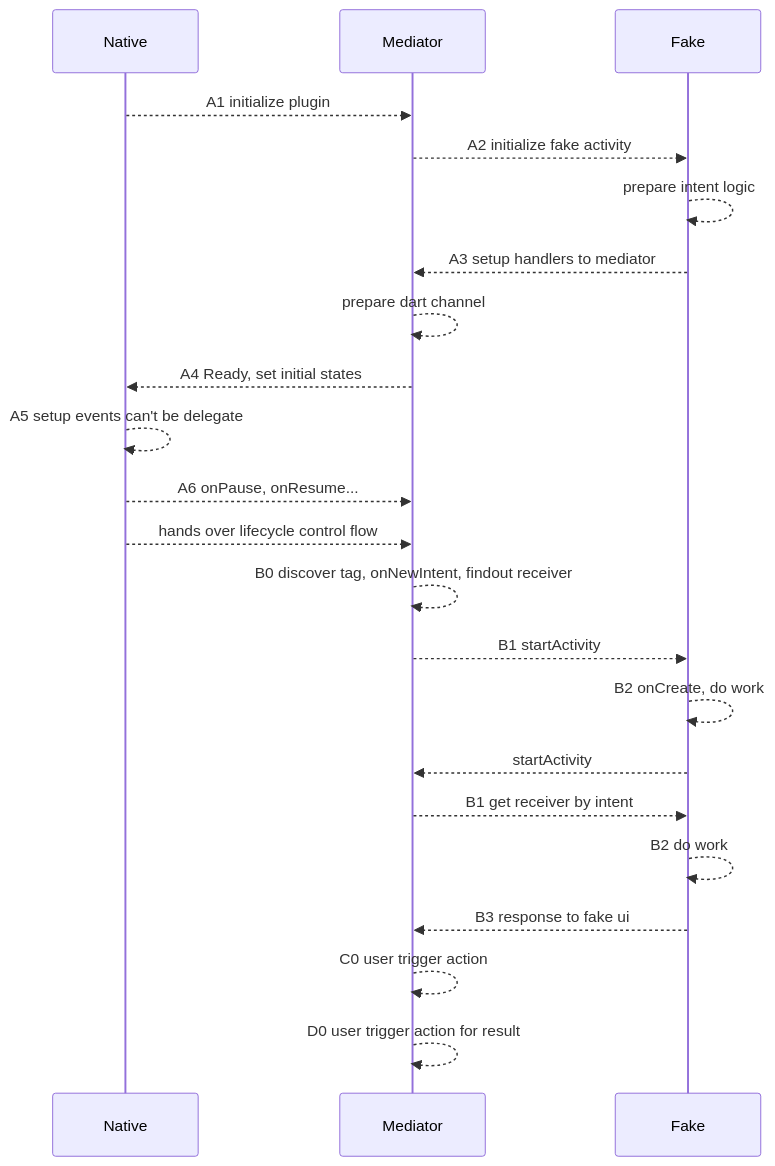
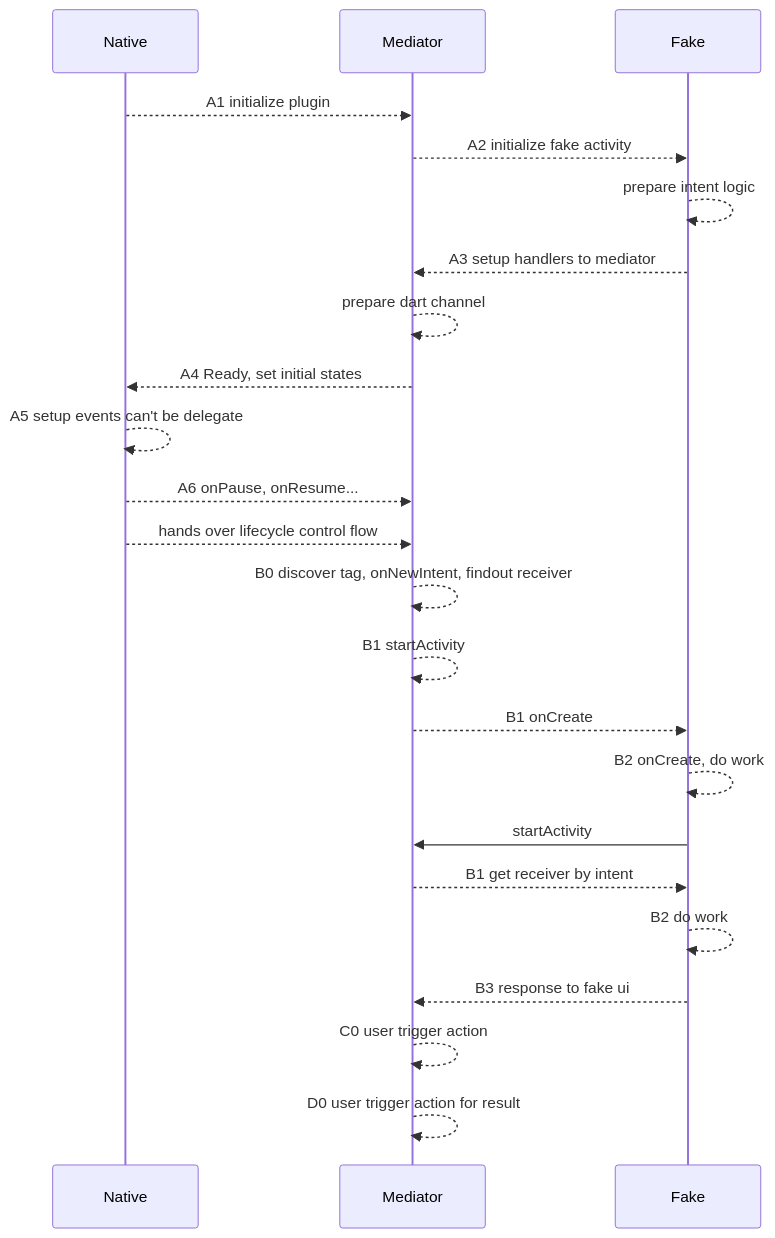
One commit to gordianknotC/nxp_note changed the second of 2 diagrams in flutter/addActivityResultListener.md. Above: the diagram before and after it, drawn with Mermaid. The commit also changed other lines of this file, not shown here.

Commit message:
flutter/addActivityResultListener.md updated from https://stackedit.io/

````diff
--- a/flutter/addActivityResultListener.md
+++ b/flutter/addActivityResultListener.md
@@ -55,30 +55,32 @@
 ```mermaid
 sequenceDiagram
 participant Native
 participant Mediator
 participant Fake
 
 Native -->> Mediator: A1 initialize plugin
 Mediator -->> Fake: A2 initialize fake activity
 Fake -->> Fake: prepare intent logic
 Fake -->> Mediator: A3 setup handlers to mediator
 Mediator -->> Mediator: prepare dart channel
 Mediator -->> Native: A4 Ready, set initial states
 Native -->> Native: A5 setup events can't be delegate
 Native -->> Mediator: A6 onPause, onResume...
 Native -->> Mediator: hands over lifecycle control flow
 
 Mediator-->> Mediator: B0 discover tag, onNewIntent, findout receiver
-Mediator-->>Fake: B1 startActivity
+Mediator-->>Mediator: B1 startActivity
+Mediator-->>Fake: B1 onCreate
 Fake-->>Fake: B2 onCreate, do work
-Fake-->>Mediator: startActivity
+Fake->>Mediator: startActivity
+
 Mediator-->>Fake: B1 get receiver by intent
 Fake-->>Fake:B2 do work
 Fake-->>Mediator:B3 response to fake ui
 
  
  Mediator-->>Mediator: C0 user trigger action
  
  Mediator-->>Mediator: D0 user trigger action for result
 
 ```
````
